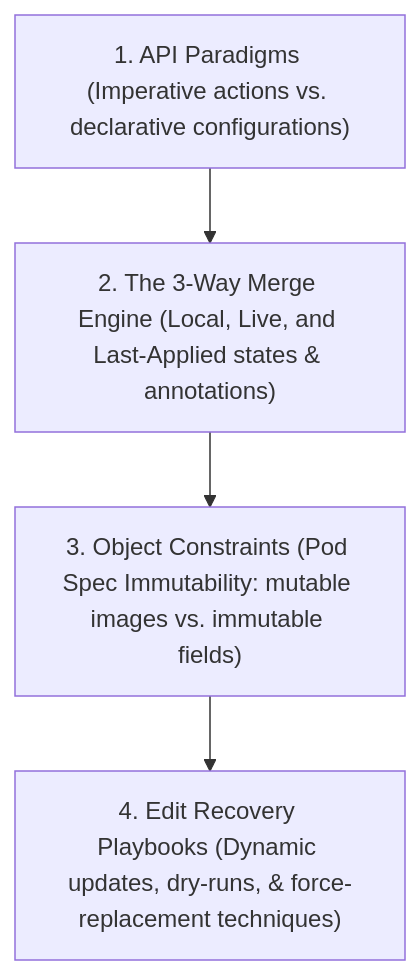
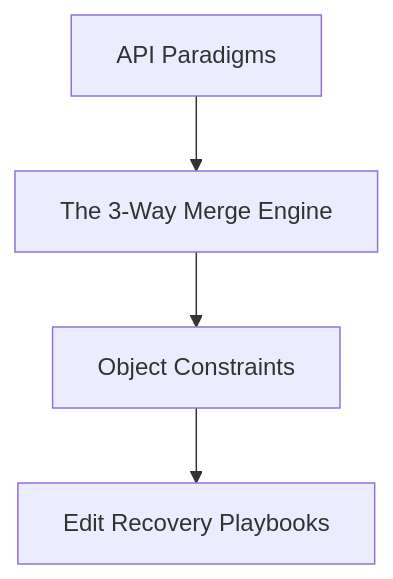
The diagram in Reference Notes/13_kubernetes_api_management_and_pod_immutability.md (kmashour/BrainDump), drawn with Mermaid before and after one commit. The commit also changed 15 other files, not shown here.

Commit message:
docs: simplify cognitive map mermaid syntax for general compatibility

````diff
--- a/Reference Notes/13_kubernetes_api_management_and_pod_immutability.md
+++ b/Reference Notes/13_kubernetes_api_management_and_pod_immutability.md
@@ -11,6 +11,6 @@
 ```mermaid
 graph TD
-    A["1. API Paradigms (Imperative actions vs. declarative configurations)"] --> B["2. The 3-Way Merge Engine (Local, Live, and Last-Applied states & annotations)"]
-    B --> C["3. Object Constraints (Pod Spec Immutability: mutable images vs. immutable fields)"]
-    C --> D["4. Edit Recovery Playbooks (Dynamic updates, dry-runs, & force-replacement techniques)"]
+    A["API Paradigms"] --> B["The 3-Way Merge Engine"]
+    B --> C["Object Constraints"]
+    C --> D["Edit Recovery Playbooks"]
 ```
````
